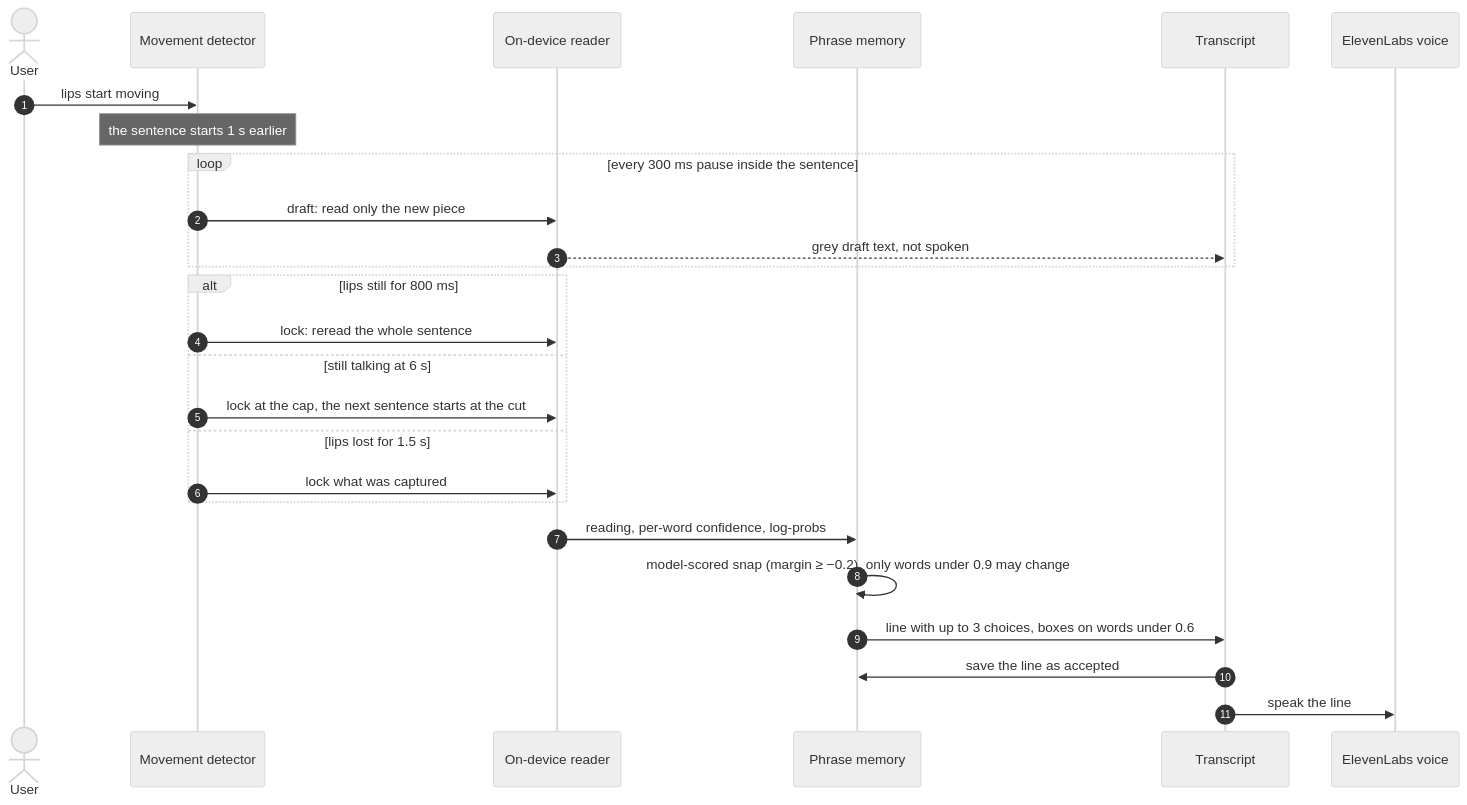
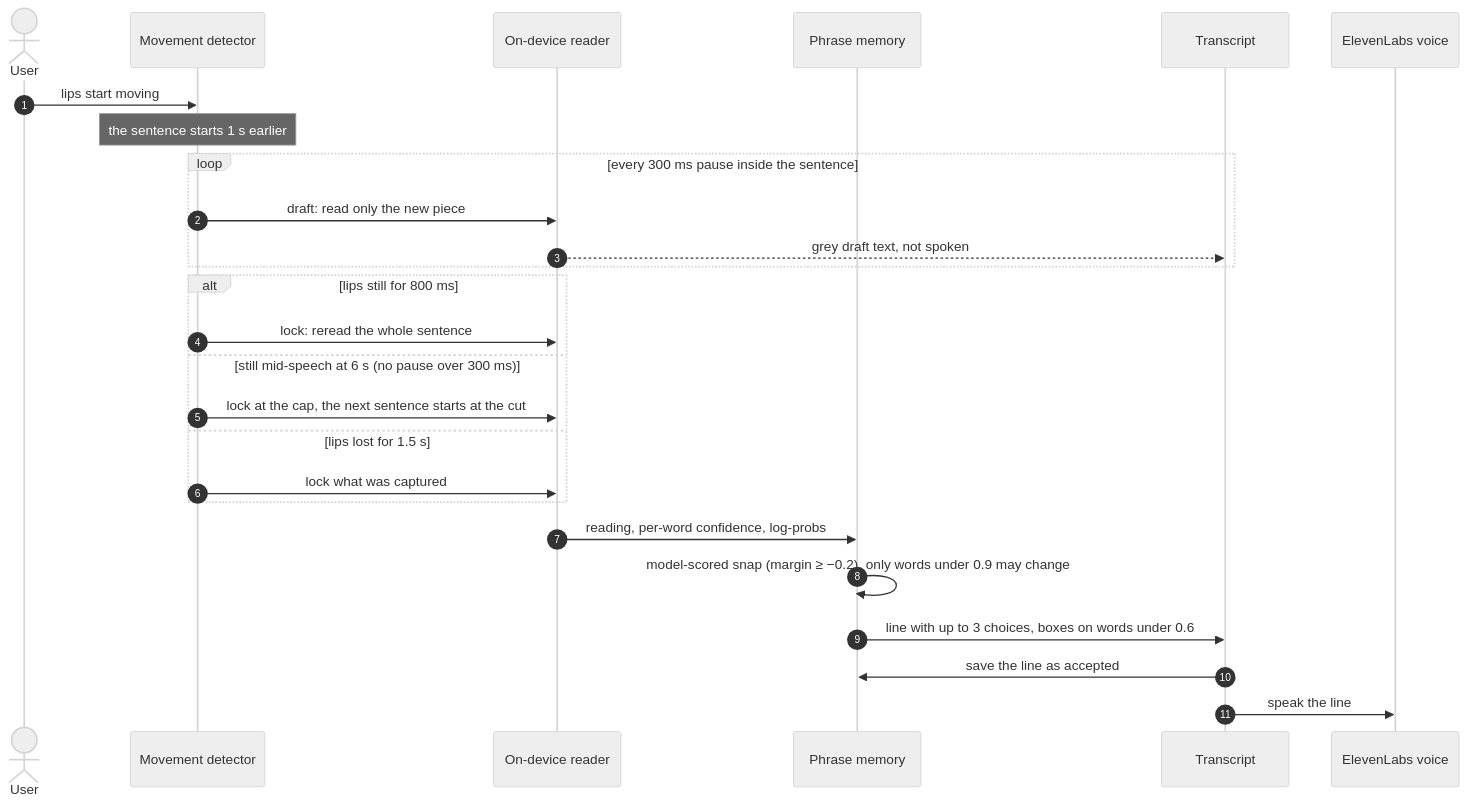
The second of 3 diagrams in docs/architecture/modes.md (LMSAIH/stormhacks2026), drawn with Mermaid (neutral theme) before and after one commit. The commit also changed other lines of this file and 1 other file, not shown here.

First line of the commit message:
docs(architecture): pipeline and modes follow D82-D90

````diff
--- a/docs/architecture/modes.md
+++ b/docs/architecture/modes.md
@@ -35,28 +36,28 @@
 ```mermaid
 sequenceDiagram
   autonumber
   actor U as User
   participant D as Movement detector
   participant L as On-device reader
   participant P as Phrase memory
   participant T as Transcript
   participant V as ElevenLabs voice
   U->>D: lips start moving
   Note over D: the sentence starts 1 s earlier
   loop every 300 ms pause inside the sentence
     D->>L: draft: read only the new piece
     L-->>T: grey draft text, not spoken
   end
   alt lips still for 800 ms
     D->>L: lock: reread the whole sentence
-  else still talking at 6 s
+  else still mid-speech at 6 s (no pause over 300 ms)
     D->>L: lock at the cap, the next sentence starts at the cut
   else lips lost for 1.5 s
     D->>L: lock what was captured
   end
   L->>P: reading, per-word confidence, log-probs
   P->>P: model-scored snap (margin ≥ −0.2), only words under 0.9 may change
   P->>T: line with up to 3 choices, boxes on words under 0.6
   T->>P: save the line as accepted
   T->>V: speak the line
 ```
````
